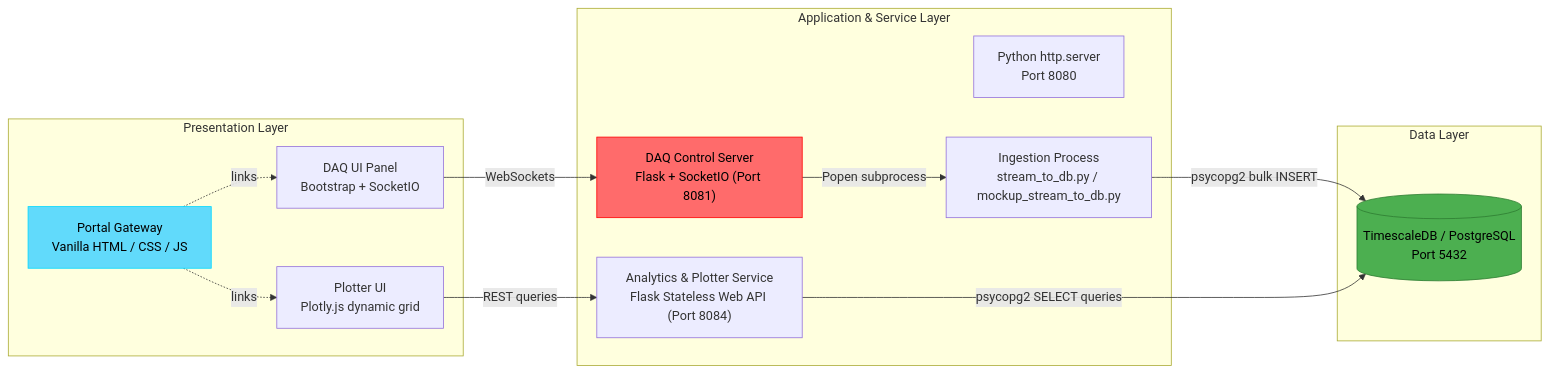
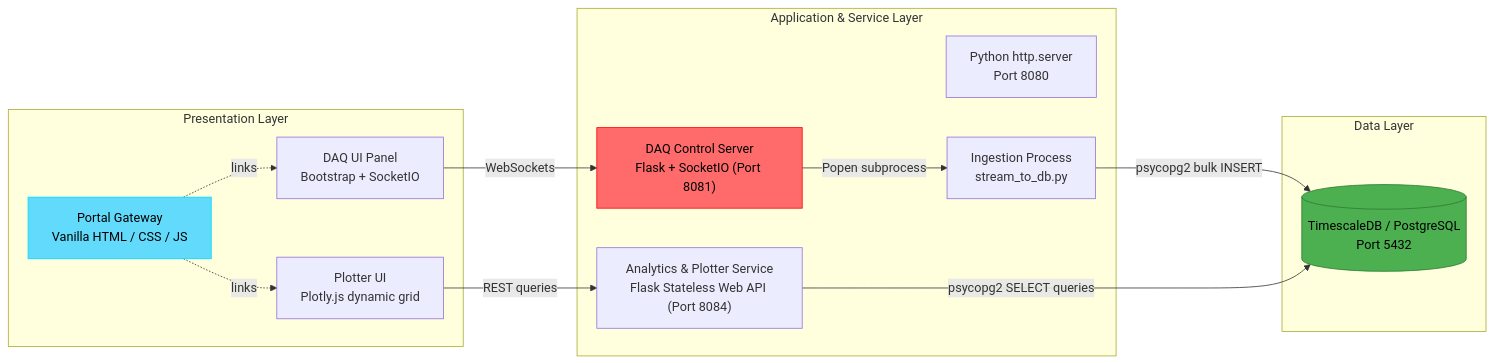
Before and after one commit to Faiisu/DAQ-USB-4716: the second of 3 diagrams in README.md, drawn with Mermaid. The commit also changed other lines of this file, not shown here.

Commit message:
docs(readme): remove mockup references from Technical Architecture and Data Flow diagrams

````diff
--- a/README.md
+++ b/README.md
@@ -49,33 +49,33 @@
 ```mermaid
 graph LR
     subgraph "Presentation Layer"
         Portal[Portal Gateway<br/>Vanilla HTML / CSS / JS]
         DAQView[DAQ UI Panel<br/>Bootstrap + SocketIO]
         PlotView[Plotter UI<br/>Plotly.js dynamic grid]
     end
 
     subgraph "Application & Service Layer"
         WebServer[Python http.server<br/>Port 8080]
         DAQGUISvc["DAQ Control Server<br/>Flask + SocketIO (Port 8081)"]
         PlotSvc["Analytics & Plotter Service<br/>Flask Stateless Web API (Port 8084)"]
-        DAQStream[Ingestion Process<br/>stream_to_db.py / mockup_stream_to_db.py]
+        DAQStream[Ingestion Process<br/>stream_to_db.py]
     end
 
     subgraph "Data Layer"
         TimescaleDB[(TimescaleDB / PostgreSQL<br/>Port 5432)]
     end
 
     Portal -.->|links| DAQView
     Portal -.->|links| PlotView
 
     DAQView -->|WebSockets| DAQGUISvc
     DAQGUISvc -->|Popen subprocess| DAQStream
     PlotView -->|REST queries| PlotSvc
 
     DAQStream -->|psycopg2 bulk INSERT| TimescaleDB
     PlotSvc -->|psycopg2 SELECT queries| TimescaleDB
 
     style Portal fill:#61dafb,stroke:#00d8ff,color:#000
     style DAQGUISvc fill:#ff6b6b,stroke:#ff0000,color:#000
     style TimescaleDB fill:#4caf50,stroke:#2e7d32,color:#000
 ```
````
